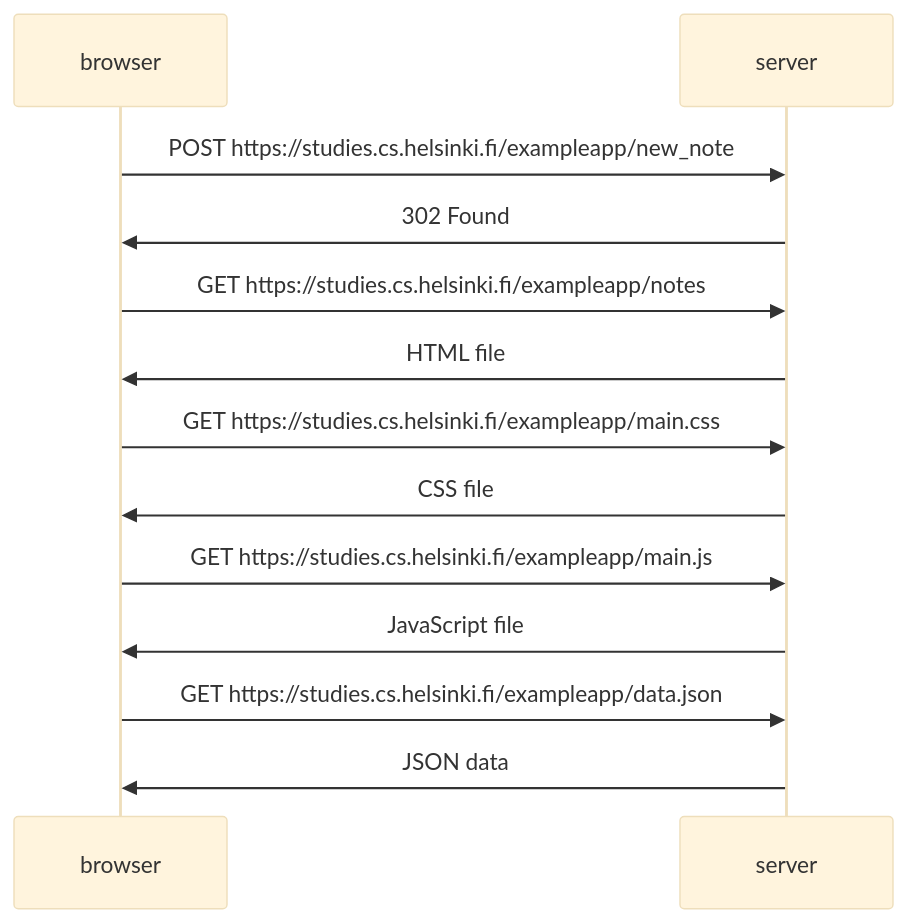
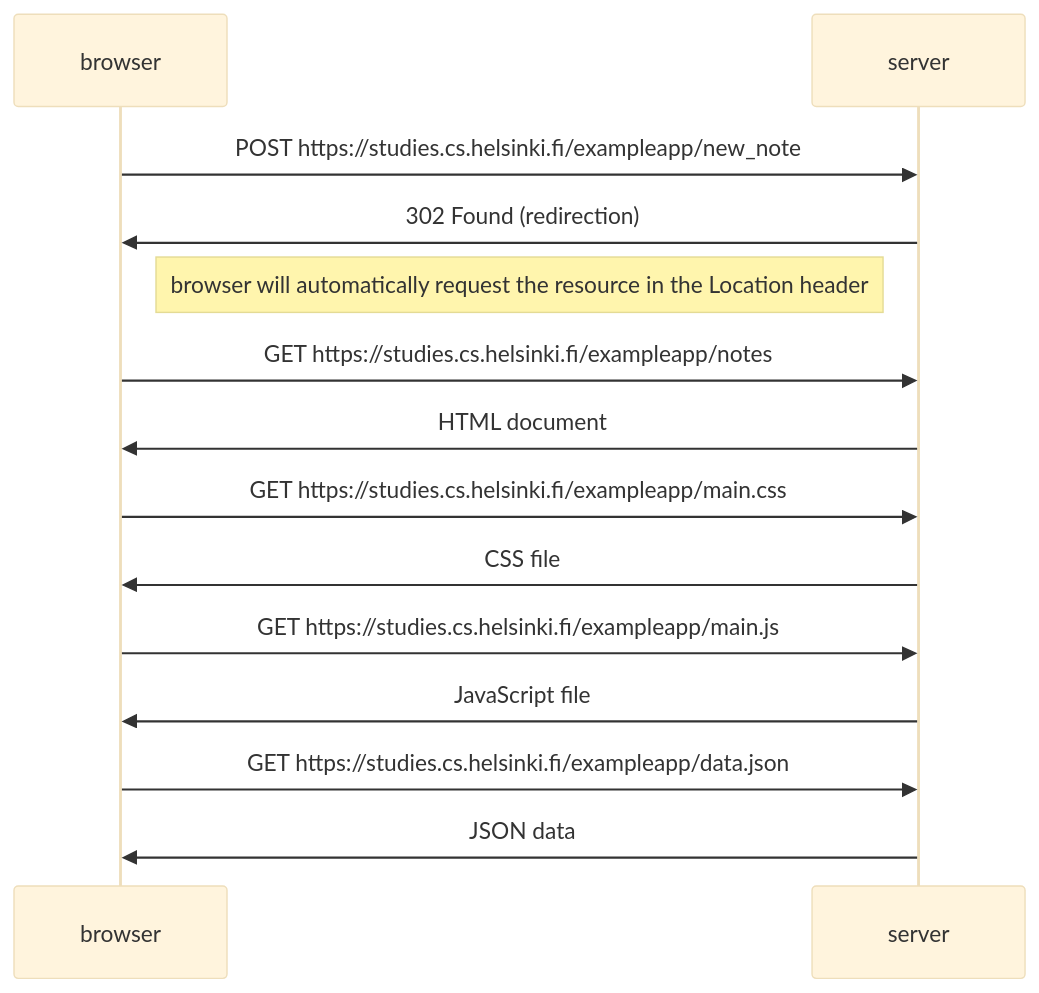
Before and after one commit to makelannika/full_stack_open: the diagram in part0/0.4.md, drawn with Mermaid (base theme).

````diff
--- a/part0/0.4.md
+++ b/part0/0.4.md
@@ -1,17 +1,20 @@
 ```mermaid
 
 sequenceDiagram
     participant browser
     participant server
 
     browser->>server: POST https://studies.cs.helsinki.fi/exampleapp/new_note
-    server->>browser: 302 Found
+    server->>browser: 302 Found (redirection)
+
+    Note right of browser: browser will automatically request the resource in the Location header
+
     browser->>server: GET https://studies.cs.helsinki.fi/exampleapp/notes
-    server->>browser: HTML file
+    server->>browser: HTML document
     browser->>server: GET https://studies.cs.helsinki.fi/exampleapp/main.css
     server->>browser: CSS file
     browser->>server: GET https://studies.cs.helsinki.fi/exampleapp/main.js
     server->>browser: JavaScript file
     browser->>server: GET https://studies.cs.helsinki.fi/exampleapp/data.json
     server->>browser: JSON data
 ```
````
